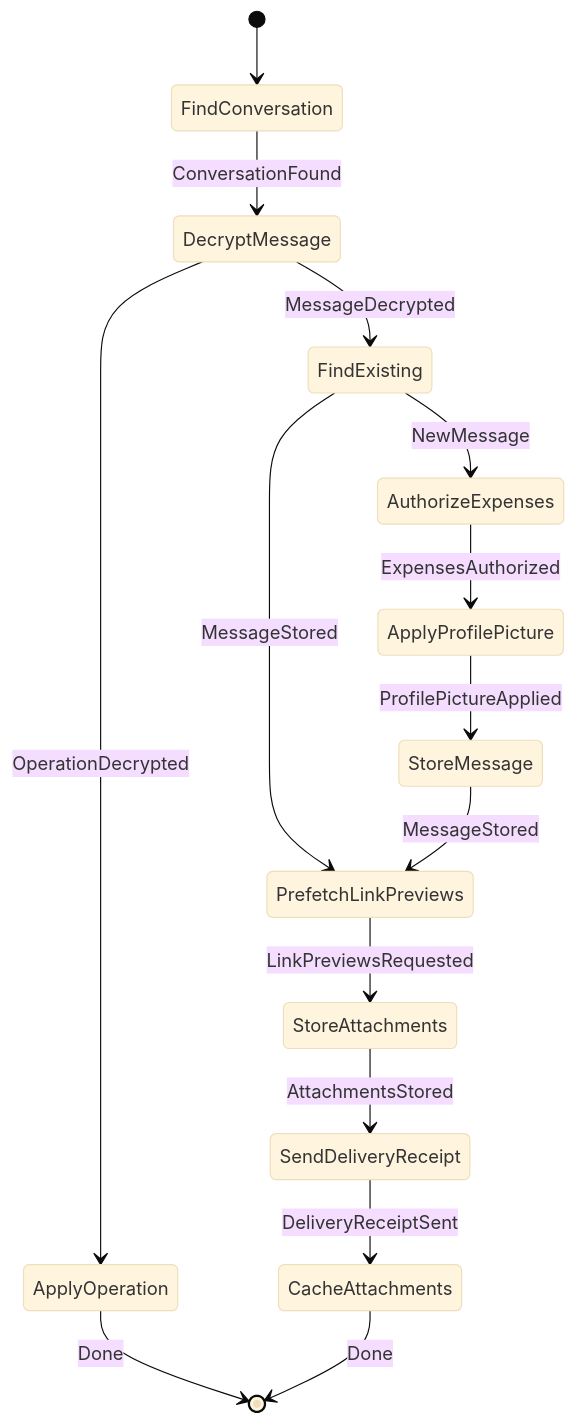
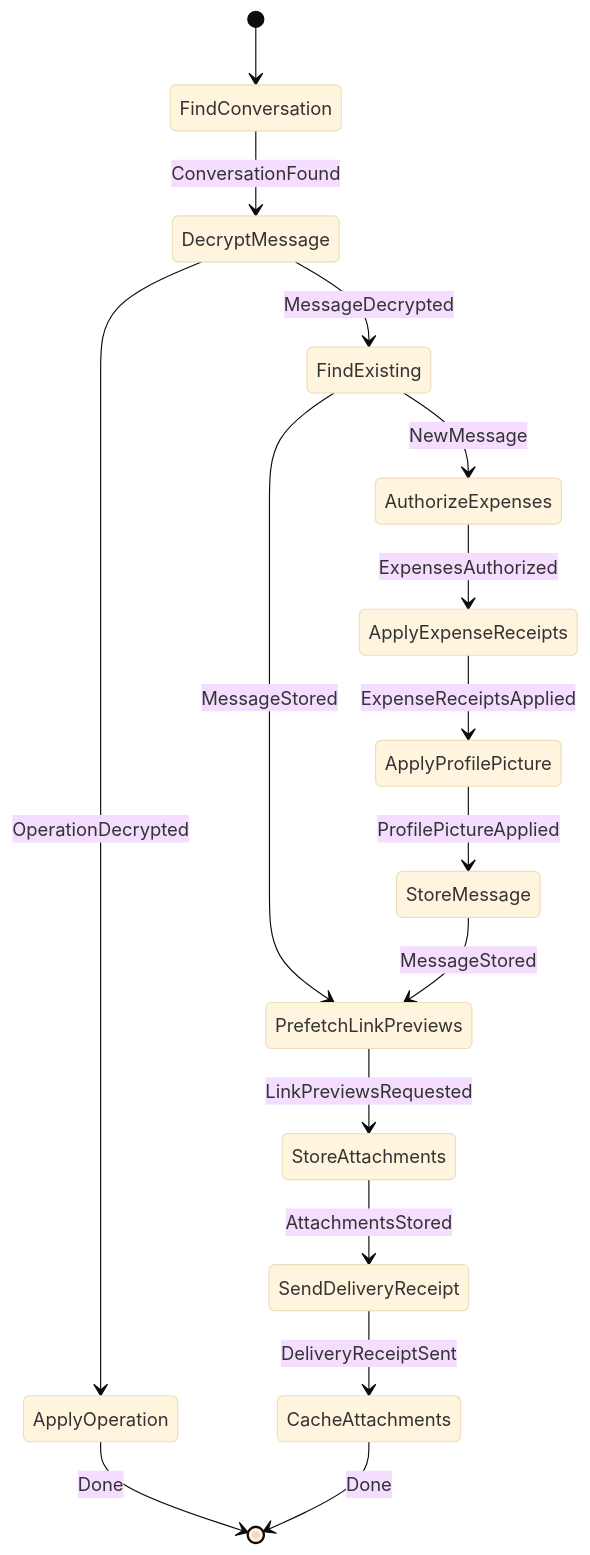
The second of 30 diagrams in docs/architecture/workflows/incoming.md (cbgm/Sparrow), drawn with Mermaid (base theme) before and after one commit. The commit also changed other lines of this file and 61 other files, not shown here.

Commit message:
Add receipt functionality for close expenses, delete expense and edit expense

````diff
--- a/docs/architecture/workflows/incoming.md
+++ b/docs/architecture/workflows/incoming.md
@@ -91,17 +92,18 @@
 ```mermaid
 stateDiagram-v2
     [*] --> FindConversation
     FindConversation --> DecryptMessage : ConversationFound
     DecryptMessage --> FindExisting : MessageDecrypted
     DecryptMessage --> ApplyOperation : OperationDecrypted
     ApplyOperation --> [*] : Done
     FindExisting --> PrefetchLinkPreviews : MessageStored
     FindExisting --> AuthorizeExpenses : NewMessage
-    AuthorizeExpenses --> ApplyProfilePicture : ExpensesAuthorized
+    AuthorizeExpenses --> ApplyExpenseReceipts : ExpensesAuthorized
+    ApplyExpenseReceipts --> ApplyProfilePicture : ExpenseReceiptsApplied
     ApplyProfilePicture --> StoreMessage : ProfilePictureApplied
     StoreMessage --> PrefetchLinkPreviews : MessageStored
     PrefetchLinkPreviews --> StoreAttachments : LinkPreviewsRequested
     StoreAttachments --> SendDeliveryReceipt : AttachmentsStored
     SendDeliveryReceipt --> CacheAttachments : DeliveryReceiptSent
     CacheAttachments --> [*] : Done
 ```
````
